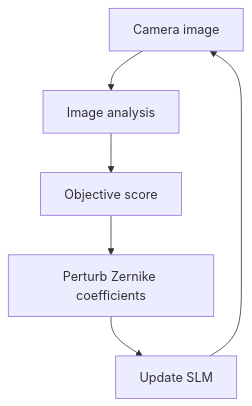
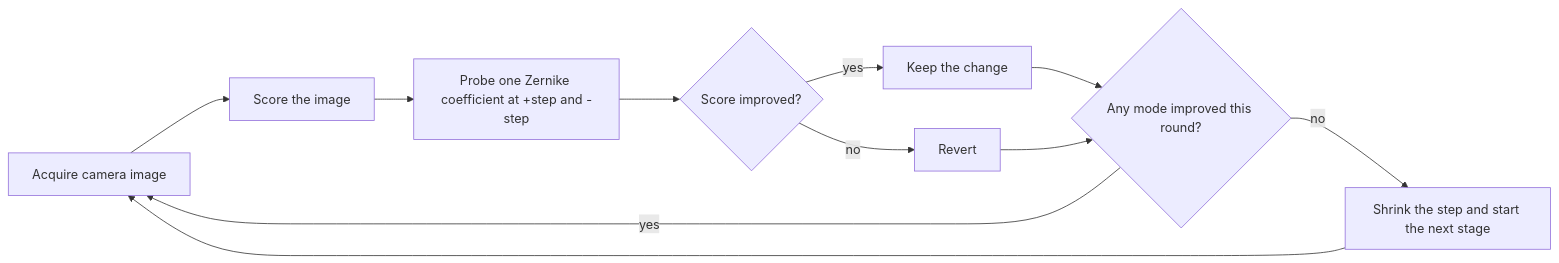
Before and after one commit to saloni644c/Wavefront_correction: the diagram in README.md, drawn with Mermaid. The commit also changed other lines of this file, not shown here.

````diff
--- a/README.md
+++ b/README.md
@@ -29,8 +11,13 @@
-``` mermaid
-flowchart TD
-    A[Camera image] --> B[Image analysis]
-    B --> C[Objective score]
-    C --> D[Perturb Zernike coefficients]
-    D --> E[Update SLM]
-    E --> A
+```mermaid
+flowchart LR
+    A[Acquire camera image] --> B[Score the image]
+    B --> C[Probe one Zernike coefficient at +step and -step]
+    C --> D{Score improved?}
+    D -- yes --> E[Keep the change]
+    D -- no --> F[Revert]
+    E --> G{Any mode improved this round?}
+    F --> G
+    G -- yes --> A
+    G -- no --> H[Shrink the step and start the next stage]
+    H --> A
 ```
````
